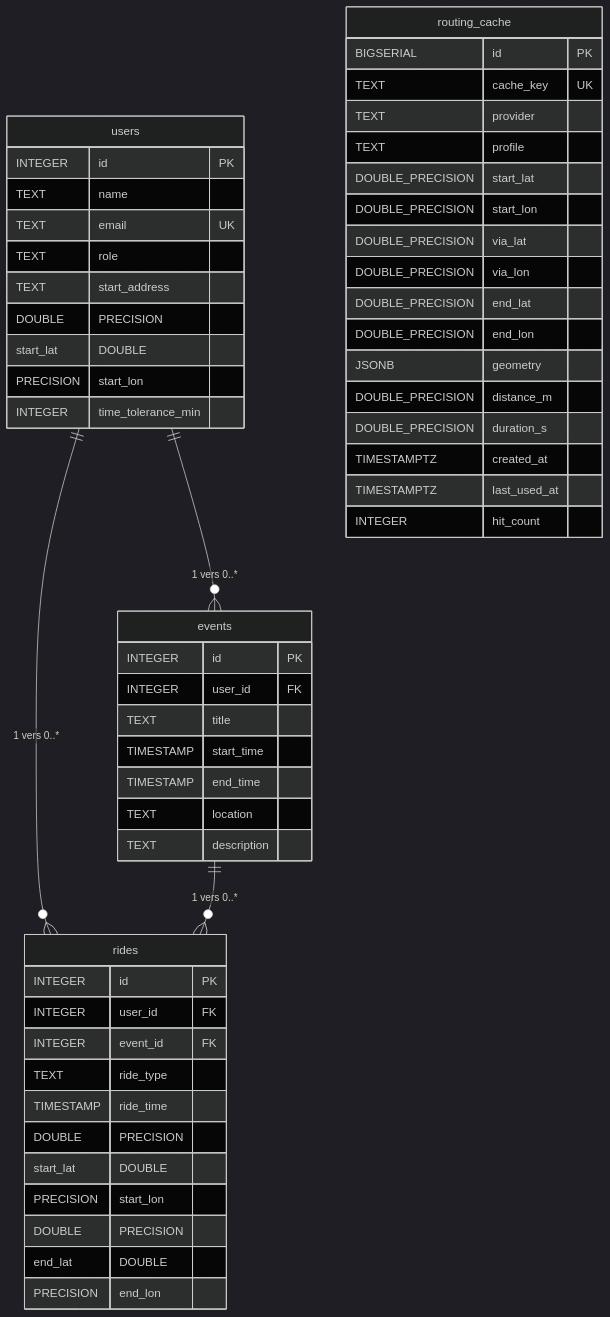
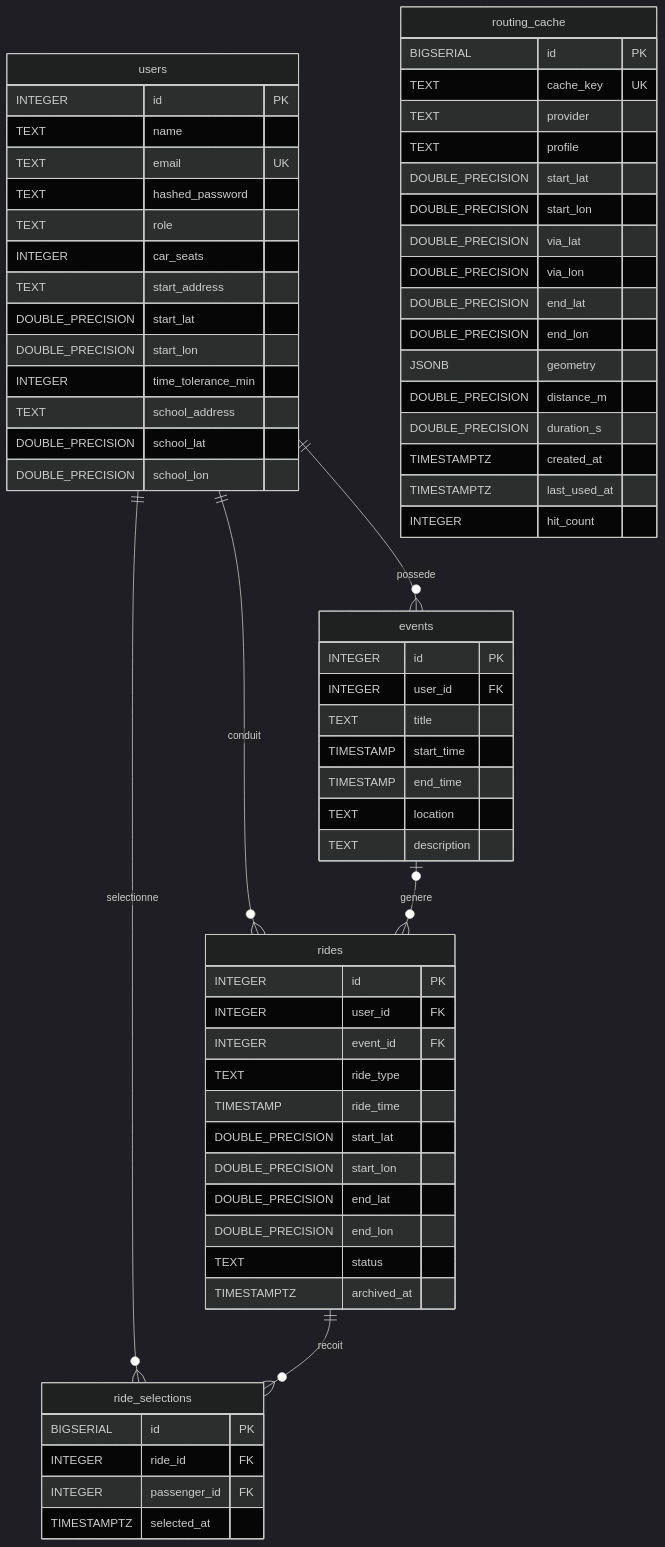
Before and after one commit to NaelFares/CNAM-I2-Project: the diagram in doc/DATABASE_SCHEMA.md, drawn with Mermaid (dark theme). The commit also changed other lines of this file and 34 other files, not shown here.

````diff
--- a/doc/DATABASE_SCHEMA.md
+++ b/doc/DATABASE_SCHEMA.md
@@ -11,58 +14,74 @@
 ```mermaid
 erDiagram
-    users ||--o{ events : "1 vers 0..*"
-    users ||--o{ rides : "1 vers 0..*"
-    events ||--o{ rides : "1 vers 0..*"
+    users ||--o{ events : possede
+    users ||--o{ rides : conduit
+    events o|--o{ rides : genere
+    users ||--o{ ride_selections : selectionne
+    rides ||--o{ ride_selections : recoit
 
     users {
         INTEGER id PK
         TEXT name
         TEXT email UK
+        TEXT hashed_password
         TEXT role
+        INTEGER car_seats
         TEXT start_address
-        DOUBLE PRECISION start_lat
-        DOUBLE PRECISION start_lon
+        DOUBLE_PRECISION start_lat
+        DOUBLE_PRECISION start_lon
         INTEGER time_tolerance_min
+        TEXT school_address
+        DOUBLE_PRECISION school_lat
+        DOUBLE_PRECISION school_lon
     }
 
     events {
         INTEGER id PK
         INTEGER user_id FK
         TEXT title
         TIMESTAMP start_time
         TIMESTAMP end_time
         TEXT location
         TEXT description
     }
 
     rides {
         INTEGER id PK
         INTEGER user_id FK
         INTEGER event_id FK
         TEXT ride_type
         TIMESTAMP ride_time
-        DOUBLE PRECISION start_lat
-        DOUBLE PRECISION start_lon
-        DOUBLE PRECISION end_lat
-        DOUBLE PRECISION end_lon
+        DOUBLE_PRECISION start_lat
+        DOUBLE_PRECISION start_lon
+        DOUBLE_PRECISION end_lat
+        DOUBLE_PRECISION end_lon
+        TEXT status
+        TIMESTAMPTZ archived_at
+    }
+
+    ride_selections {
+        BIGSERIAL id PK
+        INTEGER ride_id FK
+        INTEGER passenger_id FK
+        TIMESTAMPTZ selected_at
     }
 
     routing_cache {
         BIGSERIAL id PK
         TEXT cache_key UK
         TEXT provider
         TEXT profile
         DOUBLE_PRECISION start_lat
         DOUBLE_PRECISION start_lon
         DOUBLE_PRECISION via_lat
         DOUBLE_PRECISION via_lon
         DOUBLE_PRECISION end_lat
         DOUBLE_PRECISION end_lon
         JSONB geometry
         DOUBLE_PRECISION distance_m
         DOUBLE_PRECISION duration_s
         TIMESTAMPTZ created_at
         TIMESTAMPTZ last_used_at
         INTEGER hit_count
     }
 ```
````
